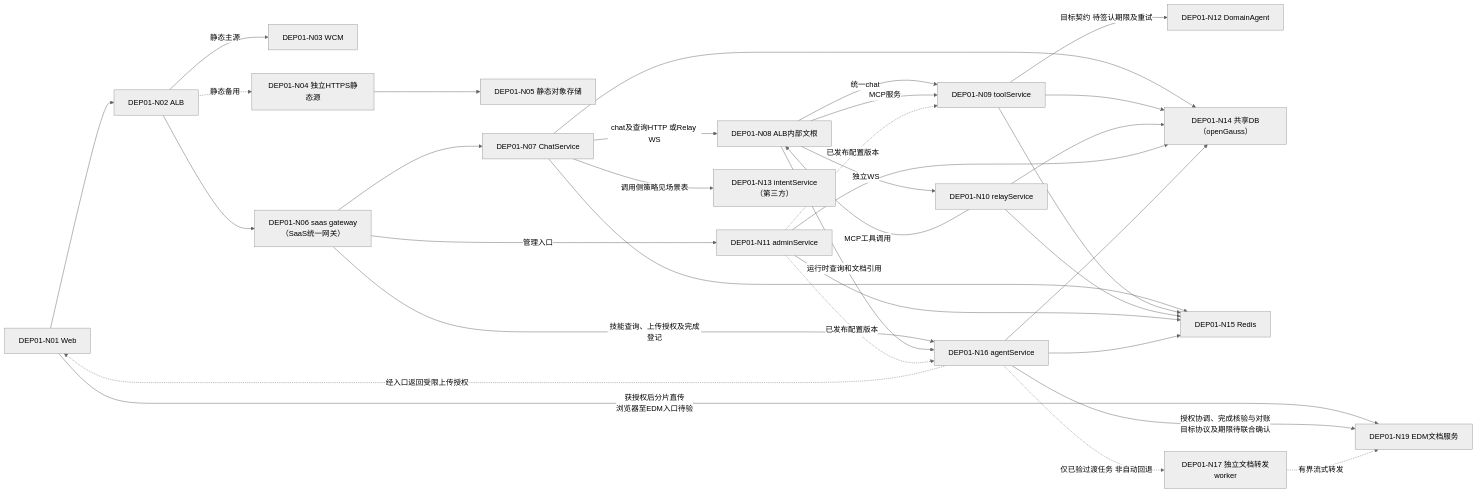
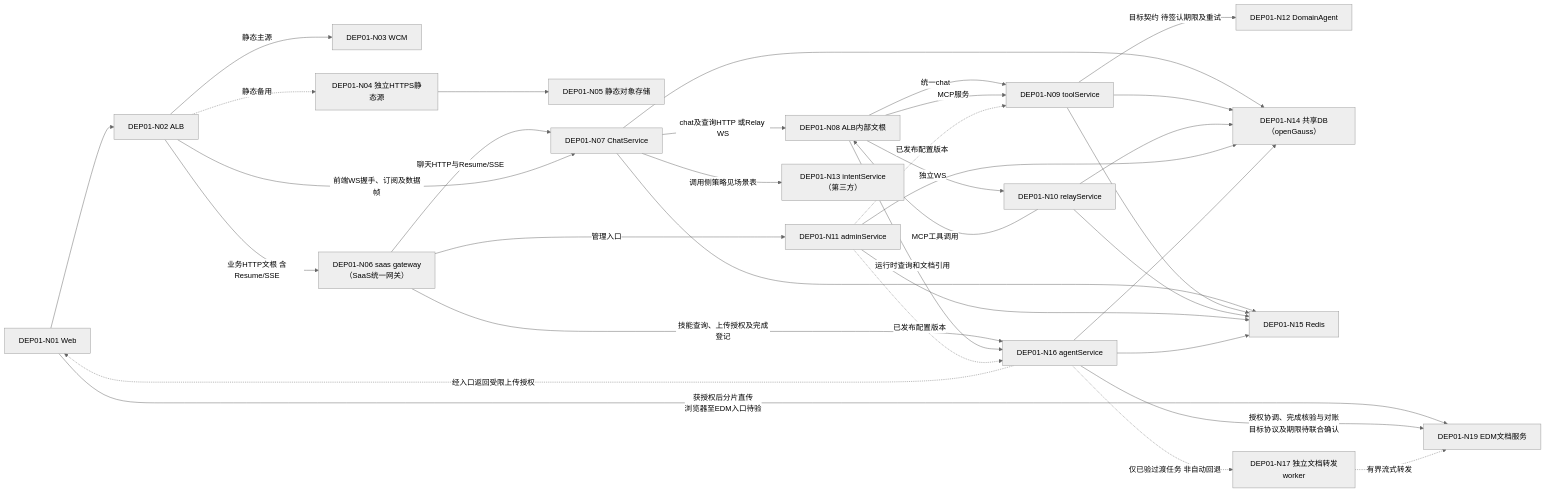
The second of 7 diagrams in docs/architecture/high-availability/deployment.md (kunben-duck/exweb), drawn with Mermaid (neutral theme) before and after one commit. The commit also changed other lines of this file and 9 other files, not shown here.

````diff
--- a/docs/architecture/high-availability/deployment.md
+++ b/docs/architecture/high-availability/deployment.md
@@ -72,36 +73,37 @@
 ```mermaid
 flowchart LR
     web["DEP01-N01 Web"] --> edge["DEP01-N02 ALB"]
     edge -->|静态主源| wcm["DEP01-N03 WCM"]
     edge -.->|静态备用| staticOrigin["DEP01-N04 独立HTTPS静态源"]
     staticOrigin --> staticObjects["DEP01-N05 静态对象存储"]
-    edge --> gateway["DEP01-N06 saas gateway<br/>（SaaS统一网关）"]
-    gateway --> chat["DEP01-N07 ChatService"]
+    edge -->|业务HTTP文根 含Resume/SSE| gateway["DEP01-N06 saas gateway<br/>（SaaS统一网关）"]
+    gateway -->|聊天HTTP与Resume/SSE| chat["DEP01-N07 ChatService"]
+    edge -->|前端WS握手、订阅及数据帧| chat
     gateway -->|技能查询、上传授权及完成登记| agent["DEP01-N16 agentService"]
     gateway -->|管理入口| admin["DEP01-N11 adminService"]
     chat -->|chat及查询HTTP 或Relay WS| internal["DEP01-N08 ALB内部文根"]
     internal -->|统一chat| tool["DEP01-N09 toolService"]
     internal -->|运行时查询和文档引用| agent
     internal -->|独立WS| relay["DEP01-N10 relayService"]
     relay -->|MCP工具调用| internal
     internal -->|MCP服务| tool
     tool -->|目标契约 待签认期限及重试| domain["DEP01-N12 DomainAgent"]
     chat -->|调用侧策略见场景表| intent["DEP01-N13 intentService（第三方）"]
     admin -.->|已发布配置版本| tool
     admin -.->|已发布配置版本| agent
     chat --> db["DEP01-N14 共享DB（openGauss）"]
     tool --> db
     relay --> db
     admin --> db
     agent --> db
     chat --> redis["DEP01-N15 Redis"]
     tool --> redis
     relay --> redis
     admin --> redis
     agent --> redis
     agent -.->|经入口返回受限上传授权| web
     web -->|获授权后分片直传<br/>浏览器至EDM入口待验| edm["DEP01-N19 EDM文档服务"]
     agent -->|授权协调、完成核验与对账<br/>目标协议及期限待联合确认| edm
     agent -.->|仅已验过渡任务 非自动回退| worker["DEP01-N17 独立文档转发worker"]
     worker -.->|有界流式转发| edm
 ```
````
